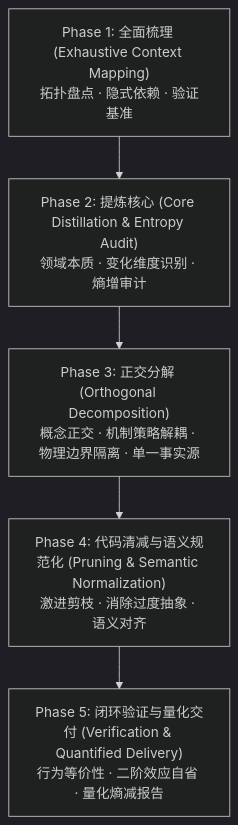
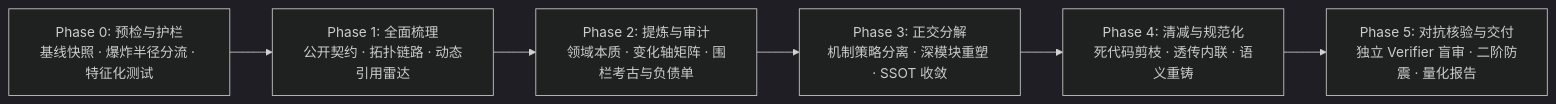
Before and after one commit to ThreeFish-AI/preening-substrate: the diagram in SKILL.md, drawn with Mermaid (dark theme). The commit also changed other lines of this file and 11 other files, not shown here.

````diff
--- a/SKILL.md
+++ b/SKILL.md
@@ -40,7 +68,8 @@
 ```mermaid
-graph TD
-    P1["Phase 1: 全面梳理 (Exhaustive Context Mapping)<br/>拓扑盘点 · 隐式依赖 · 验证基准"] --> P2["Phase 2: 提炼核心 (Core Distillation & Entropy Audit)<br/>领域本质 · 变化维度识别 · 熵增审计"]
-    P2 --> P3["Phase 3: 正交分解 (Orthogonal Decomposition)<br/>概念正交 · 机制策略解耦 · 物理边界隔离 · 单一事实源"]
-    P3 --> P4["Phase 4: 代码清减与语义规范化 (Pruning & Semantic Normalization)<br/>激进剪枝 · 消除过度抽象 · 语义对齐"]
-    P4 --> P5["Phase 5: 闭环验证与量化交付 (Verification & Quantified Delivery)<br/>行为等价性 · 二阶效应自省 · 量化熵减报告"]
+flowchart LR
+    P0["Phase 0: 预检与护栏<br/>基线快照 · 爆炸半径分流 · 特征化测试"] --> P1["Phase 1: 全面梳理<br/>公开契约 · 拓扑链路 · 动态引用雷达"]
+    P1 --> P2["Phase 2: 提炼与审计<br/>领域本质 · 变化轴矩阵 · 围栏考古与负债单"]
+    P2 --> P3["Phase 3: 正交分解<br/>机制策略分离 · 深模块重塑 · SSOT 收敛"]
+    P3 --> P4["Phase 4: 清减与规范化<br/>死代码剪枝 · 透传内联 · 语义重铸"]
+    P4 --> P5["Phase 5: 对抗核验与交付<br/>独立 Verifier 盲审 · 二阶防震 · 量化报告"]
 ```
````
